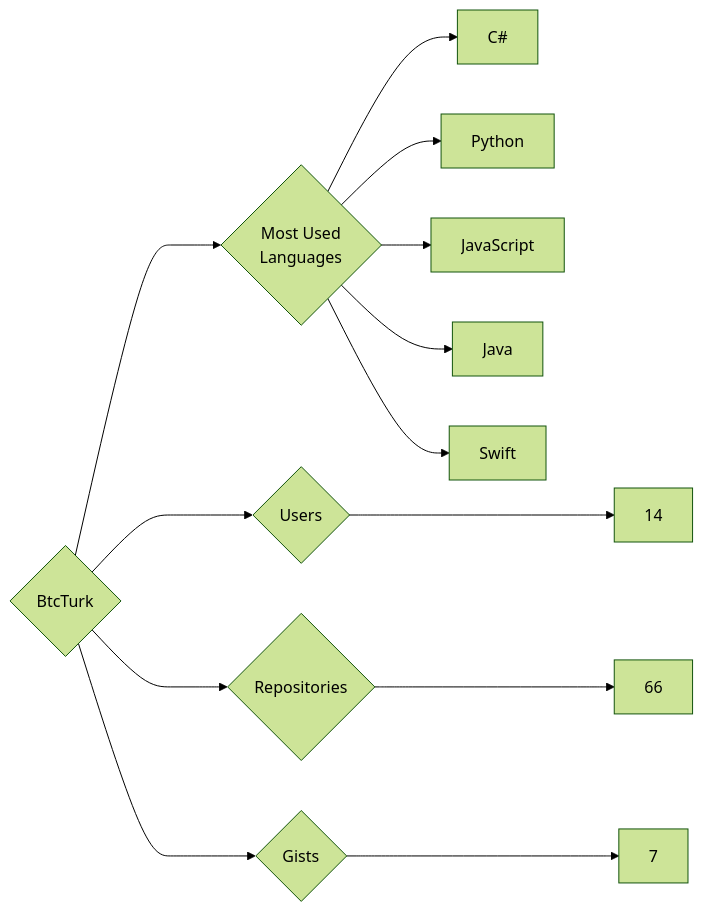
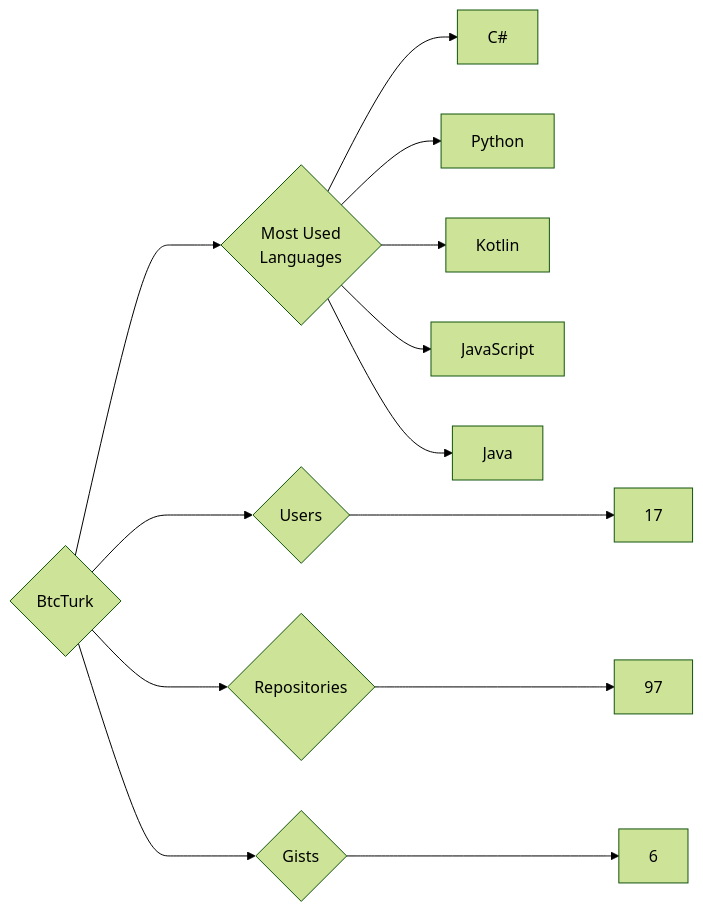
One commit to trickest/insiders changed the diagram in targets/BtcTurk/README.md. Above: the diagram before and after it, drawn with Mermaid (forest theme). The commit also changed 899 other files, not shown here.

````diff
--- a/targets/BtcTurk/README.md
+++ b/targets/BtcTurk/README.md
@@ -3,13 +3,13 @@
 ```mermaid
 graph LR
 COMPANY_NAME{BtcTurk}
-COMPANY_NAME ---> U{Users} ---> UN[14]
-COMPANY_NAME ---> R{Repositories} ---> RN[66]
-COMPANY_NAME ---> G{Gists} ---> GN[7]
+COMPANY_NAME ---> U{Users} ---> UN[17]
+COMPANY_NAME ---> R{Repositories} ---> RN[97]
+COMPANY_NAME ---> G{Gists} ---> GN[6]
 COMPANY_NAME ---> ML{Most Used<br>Languages}
 ML --> C#[C#]
 ML --> Python[Python]
+ML --> Kotlin[Kotlin]
 ML --> JavaScript[JavaScript]
 ML --> Java[Java]
-ML --> Swift[Swift]
 ```
````
